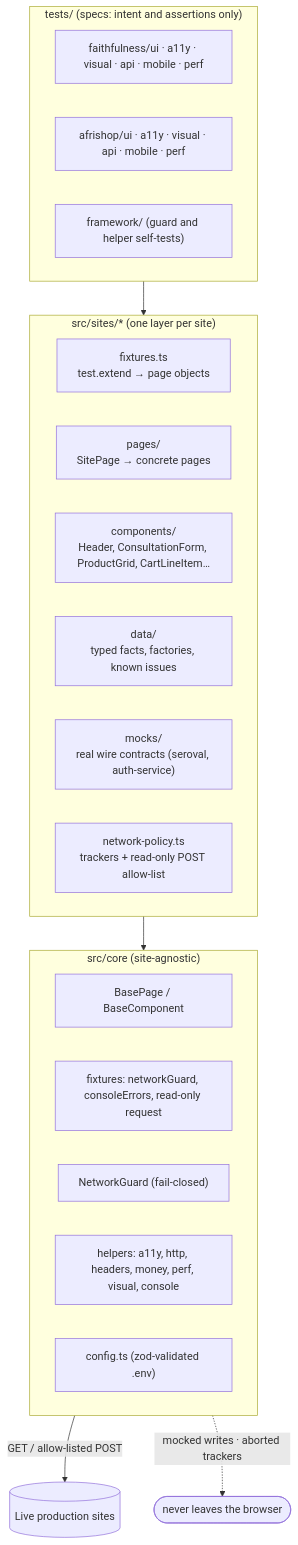
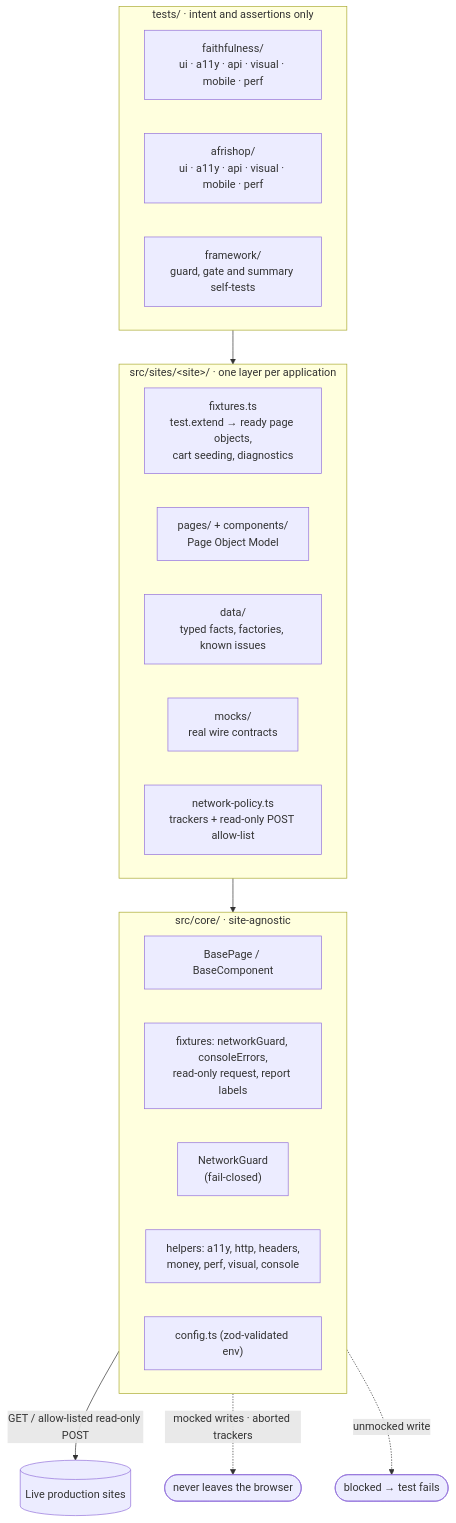
Before and after one commit to nmuonko/playwright-typescript-e2e-framework: the first of 2 diagrams in README.md, drawn with Mermaid. The commit also changed other lines of this file and 3 other files, not shown here.

````diff
--- a/README.md
+++ b/README.md
@@ -33,32 +79,32 @@
 ```mermaid
 flowchart TB
-  subgraph Tests["tests/ (specs: intent and assertions only)"]
+  subgraph Tests["tests/ · intent and assertions only"]
     direction LR
-    FUI["faithfulness/ui · a11y · visual · api · mobile · perf"]
-    AUI["afrishop/ui · a11y · visual · api · mobile · perf"]
-    FW["framework/ (guard and helper self-tests)"]
+    FT["faithfulness/<br/>ui · a11y · api · visual · mobile · perf"]
+    AT["afrishop/<br/>ui · a11y · api · visual · mobile · perf"]
+    FW["framework/<br/>guard, gate and summary self-tests"]
   end
 
-  subgraph Sites["src/sites/* (one layer per site)"]
+  subgraph Sites["src/sites/&lt;site&gt;/ · one layer per application"]
     direction LR
-    FX["fixtures.ts<br/>test.extend → page objects"]
-    PO["pages/<br/>SitePage → concrete pages"]
-    CO["components/<br/>Header, ConsultationForm, ProductGrid, CartLineItem…"]
+    FX["fixtures.ts<br/>test.extend → ready page objects,<br/>cart seeding, diagnostics"]
+    PO["pages/ + components/<br/>Page Object Model"]
     DA["data/<br/>typed facts, factories, known issues"]
-    MO["mocks/<br/>real wire contracts (seroval, auth-service)"]
+    MO["mocks/<br/>real wire contracts"]
     NP["network-policy.ts<br/>trackers + read-only POST allow-list"]
   end
 
-  subgraph Core["src/core (site-agnostic)"]
+  subgraph Core["src/core/ · site-agnostic"]
     direction LR
     BP["BasePage / BaseComponent"]
-    CF["fixtures: networkGuard, consoleErrors, read-only request"]
-    NG["NetworkGuard (fail-closed)"]
-    HP["helpers: a11y, http, headers, money, perf, visual, console"]
-    CFG["config.ts (zod-validated .env)"]
+    CF["fixtures: networkGuard, consoleErrors,<br/>read-only request, report labels"]
+    NG["NetworkGuard<br/>(fail-closed)"]
+    HP["helpers: a11y, http, headers,<br/>money, perf, visual, console"]
+    CFG["config.ts (zod-validated env)"]
   end
 
   Tests --> Sites --> Core
-  NG -->|"GET / allow-listed POST"| PROD[("Live production sites")]
+  NG -->|"GET / allow-listed read-only POST"| PROD[("Live production sites")]
   NG -.->|"mocked writes · aborted trackers"| X(["never leaves the browser"])
+  NG -.->|"unmocked write"| FAIL(["blocked → test fails"])
 ```
````
